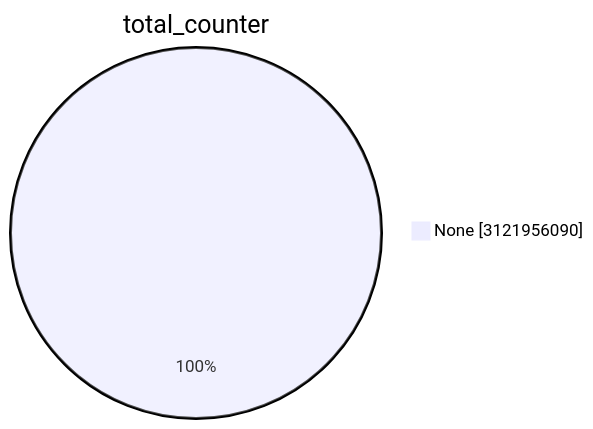
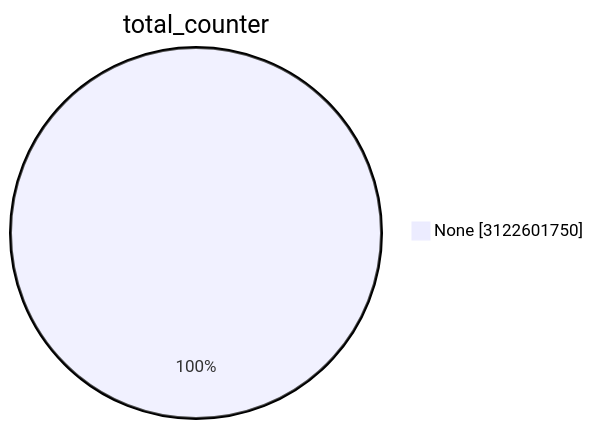
Before and after one commit to christiankrug/ctmonitor_visualization: the first of 15 diagrams in TOTAL/README.md, drawn with Mermaid. The commit also changed other lines of this file, not shown here.

````diff
--- a/TOTAL/README.md
+++ b/TOTAL/README.md
@@ -1,5 +1,5 @@
 ```mermaid
 pie showData
 title total_counter
-"None" :3121956090
+"None" :3122601750
 ```
````
